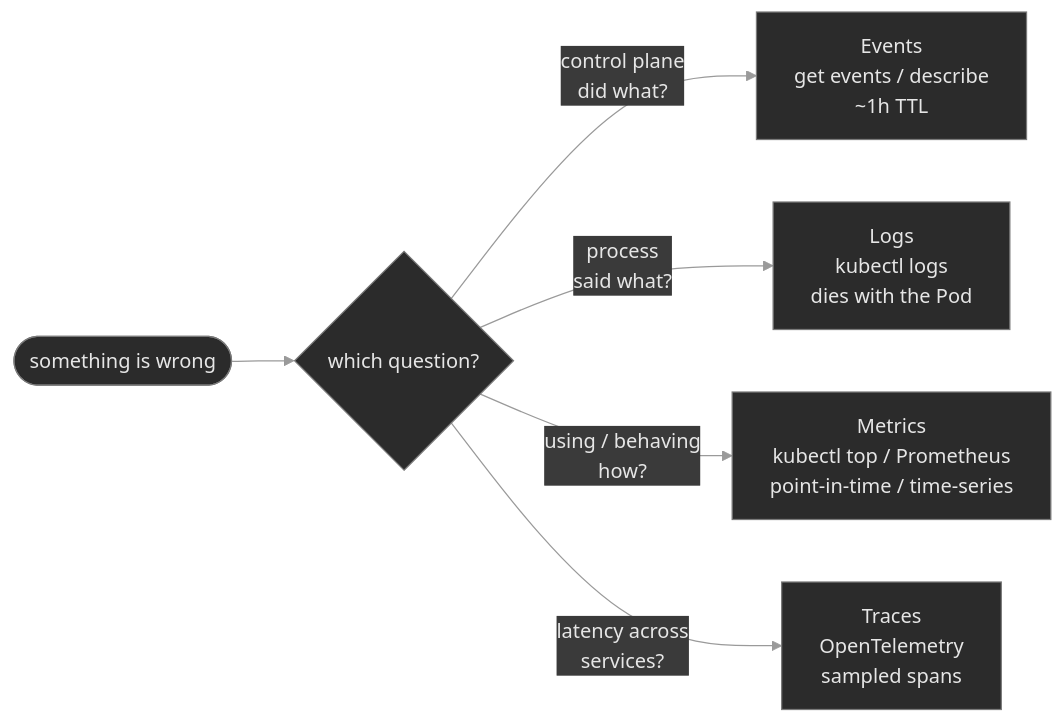
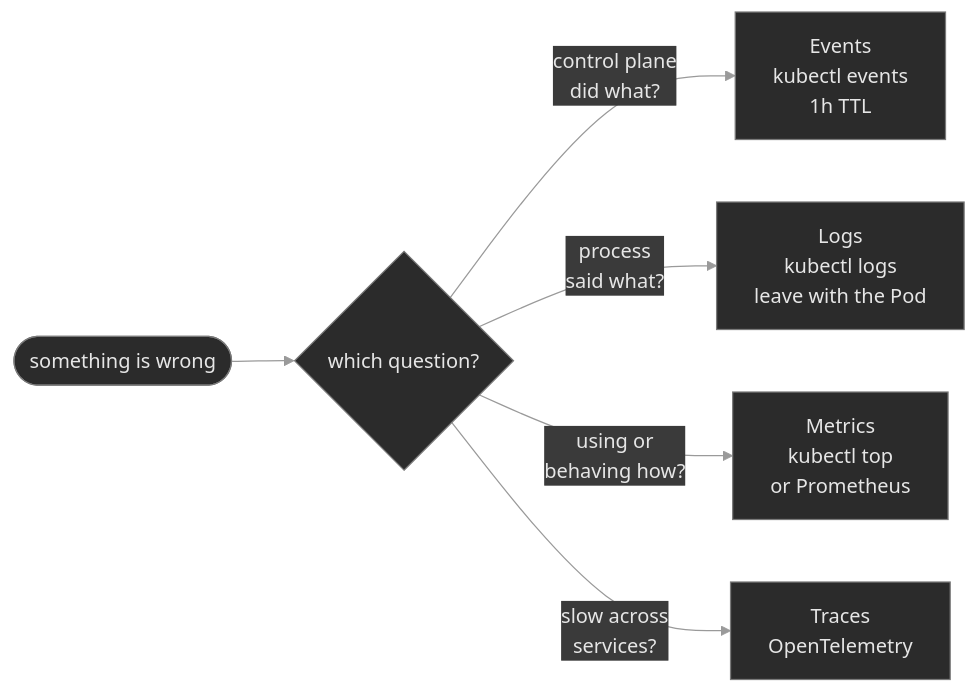
One commit to debozkurt/killercoda-k8s changed the diagram in m13-observability/LESSON.md. Above: the diagram before and after it, drawn with Mermaid. The commit also changed other lines of this file and 51 other files, not shown here.

````diff
--- a/m13-observability/LESSON.md
+++ b/m13-observability/LESSON.md
@@ -54,14 +53,14 @@
 ```mermaid
 %%{init: {'theme':'base', 'themeVariables': {
   'primaryColor':'#2b2b2b', 'primaryTextColor':'#e6e6e6',
   'primaryBorderColor':'#7a7a7a', 'lineColor':'#9a9a9a',
   'secondaryColor':'#3a3a3a', 'tertiaryColor':'#1f1f1f',
   'background':'#0f0f0f'
 }}}%%
 flowchart LR
     Q([something is wrong]) --> E{which question?}
-    E -->|control plane<br/>did what?| EV[Events<br/>get events / describe<br/>~1h TTL]
-    E -->|process<br/>said what?| LO[Logs<br/>kubectl logs<br/>dies with the Pod]
-    E -->|using / behaving<br/>how?| ME[Metrics<br/>kubectl top / Prometheus<br/>point-in-time / time-series]
-    E -->|latency across<br/>services?| TR[Traces<br/>OpenTelemetry<br/>sampled spans]
+    E -->|control plane<br/>did what?| EV[Events<br/>kubectl events<br/>1h TTL]
+    E -->|process<br/>said what?| LO[Logs<br/>kubectl logs<br/>leave with the Pod]
+    E -->|using or<br/>behaving how?| ME[Metrics<br/>kubectl top<br/>or Prometheus]
+    E -->|slow across<br/>services?| TR[Traces<br/>OpenTelemetry]
 ```
````
